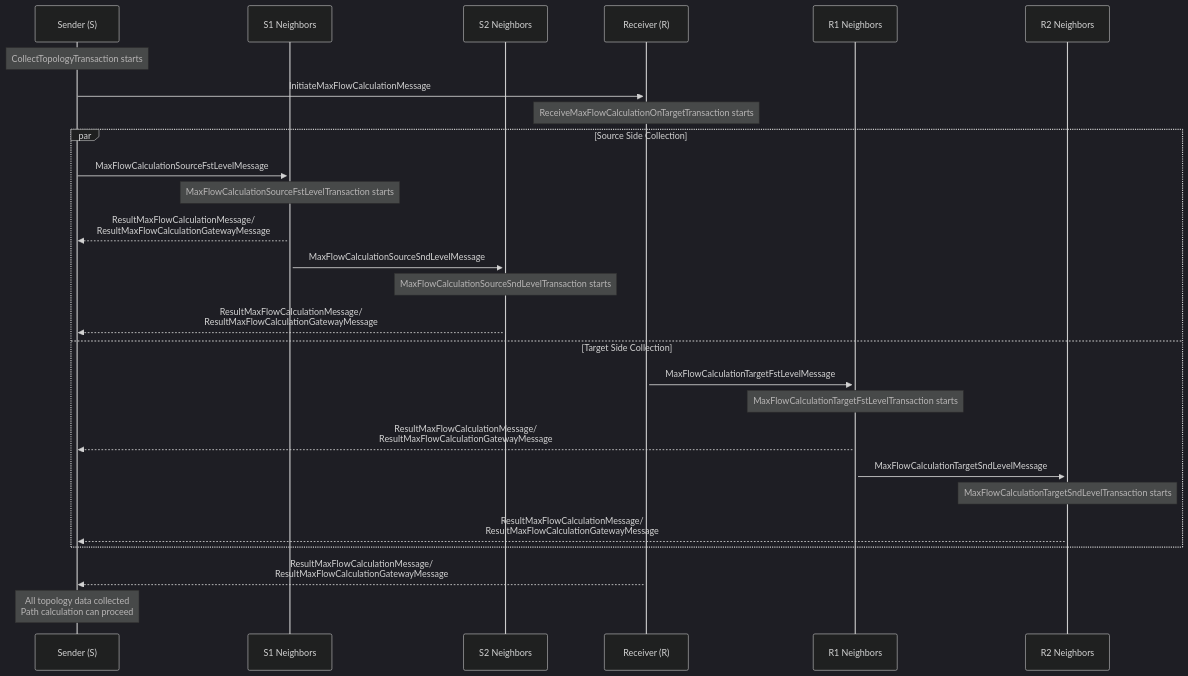
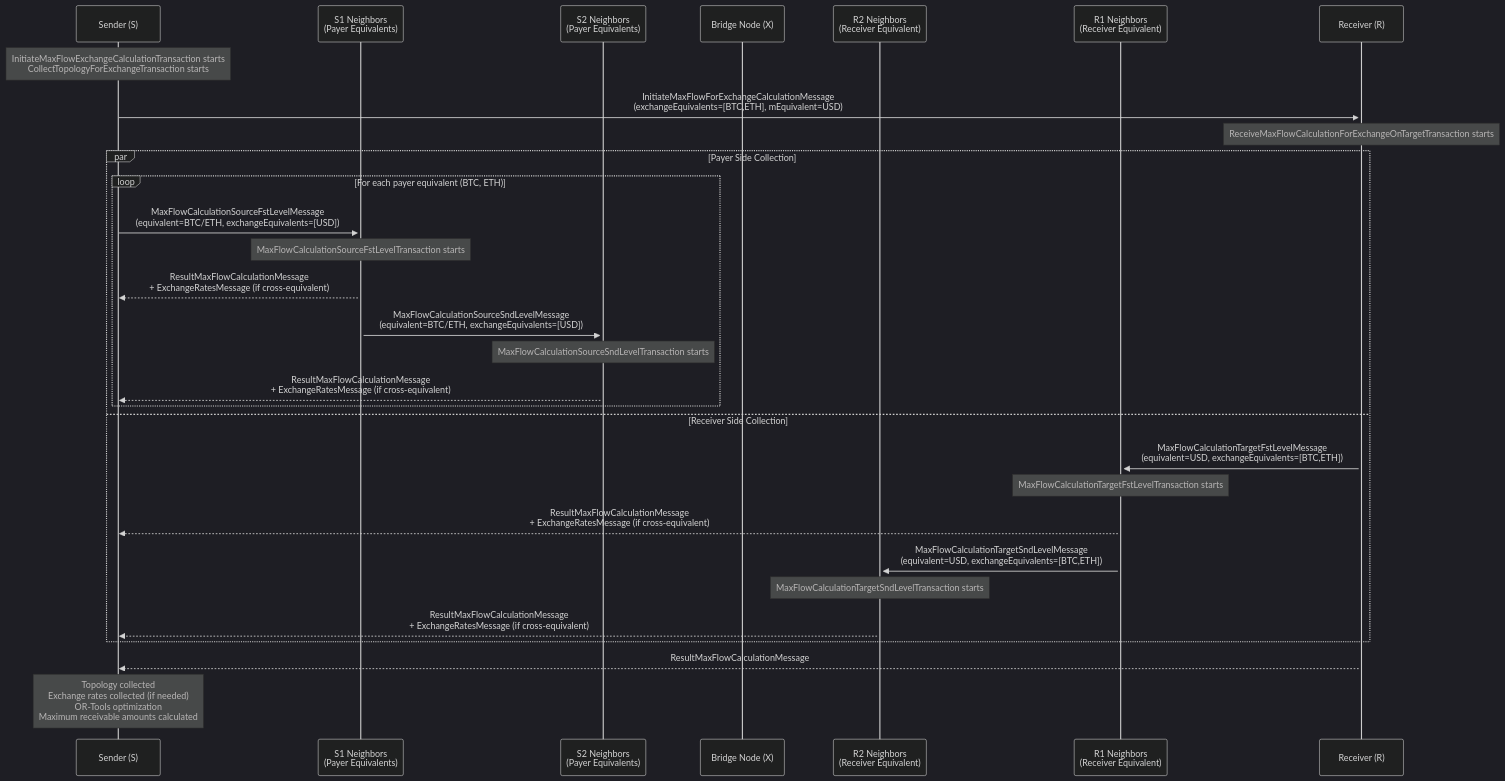
The diagram in architecture/vtcpd/protocols/topology-collection-protocol.md (vTCP-Foundation/workspace), drawn with Mermaid (dark theme) before and after one commit. The commit also changed other lines of this file and 2 other files, not shown here.

First line of the commit message:
refactor(topology protocols): consolidate topology collection protocols into unified documentation

````diff
--- a/architecture/vtcpd/protocols/topology-collection-protocol.md
+++ b/architecture/vtcpd/protocols/topology-collection-protocol.md
@@ -102,36 +170,39 @@
 ```mermaid
 sequenceDiagram
     participant S as Sender (S)
-    participant S1 as S1 Neighbors
-    participant S2 as S2 Neighbors
+    participant S1 as S1 Neighbors<br/>(Payer Equivalents)
+    participant S2 as S2 Neighbors<br/>(Payer Equivalents)
+    participant X as Bridge Node (X)
+    participant R2 as R2 Neighbors<br/>(Receiver Equivalent)
+    participant R1 as R1 Neighbors<br/>(Receiver Equivalent)
     participant R as Receiver (R)
-    participant R1 as R1 Neighbors
-    participant R2 as R2 Neighbors
 
-    Note over S: CollectTopologyTransaction starts
+    Note over S: InitiateMaxFlowExchangeCalculationTransaction starts<br/>CollectTopologyForExchangeTransaction starts
     
-    S->>+R: InitiateMaxFlowCalculationMessage
-    Note over R: ReceiveMaxFlowCalculationOnTargetTransaction starts
+    S->>+R: InitiateMaxFlowForExchangeCalculationMessage<br/>(exchangeEquivalents=[BTC,ETH], mEquivalent=USD)
+    Note over R: ReceiveMaxFlowCalculationForExchangeOnTargetTransaction starts
     
-    par Source Side Collection
-        S->>+S1: MaxFlowCalculationSourceFstLevelMessage
-        Note over S1: MaxFlowCalculationSourceFstLevelTransaction starts
-        S1-->>S: ResultMaxFlowCalculationMessage/<br/>ResultMaxFlowCalculationGatewayMessage
+    par Payer Side Collection
+        loop For each payer equivalent (BTC, ETH)
+            S->>+S1: MaxFlowCalculationSourceFstLevelMessage<br/>(equivalent=BTC/ETH, exchangeEquivalents=[USD])
+            Note over S1: MaxFlowCalculationSourceFstLevelTransaction starts
+            S1-->>S: ResultMaxFlowCalculationMessage<br/>+ ExchangeRatesMessage (if cross-equivalent)
+            
+            S1->>+S2: MaxFlowCalculationSourceSndLevelMessage<br/>(equivalent=BTC/ETH, exchangeEquivalents=[USD])
+            Note over S2: MaxFlowCalculationSourceSndLevelTransaction starts
+            S2-->>S: ResultMaxFlowCalculationMessage<br/>+ ExchangeRatesMessage (if cross-equivalent)
+        end
+    and Receiver Side Collection
+        R->>+R1: MaxFlowCalculationTargetFstLevelMessage<br/>(equivalent=USD, exchangeEquivalents=[BTC,ETH])
+        Note over R1: MaxFlowCalculationTargetFstLevelTransaction starts
+        R1-->>S: ResultMaxFlowCalculationMessage<br/>+ ExchangeRatesMessage (if cross-equivalent)
         
-        S1->>+S2: MaxFlowCalculationSourceSndLevelMessage
-        Note over S2: MaxFlowCalculationSourceSndLevelTransaction starts
-        S2-->>S: ResultMaxFlowCalculationMessage/<br/>ResultMaxFlowCalculationGatewayMessage
-    and Target Side Collection
-        R->>+R1: MaxFlowCalculationTargetFstLevelMessage
-        Note over R1: MaxFlowCalculationTargetFstLevelTransaction starts
-        R1-->>S: ResultMaxFlowCalculationMessage/<br/>ResultMaxFlowCalculationGatewayMessage
-        
-        R1->>+R2: MaxFlowCalculationTargetSndLevelMessage
+        R1->>+R2: MaxFlowCalculationTargetSndLevelMessage<br/>(equivalent=USD, exchangeEquivalents=[BTC,ETH])
         Note over R2: MaxFlowCalculationTargetSndLevelTransaction starts
-        R2-->>S: ResultMaxFlowCalculationMessage/<br/>ResultMaxFlowCalculationGatewayMessage
+        R2-->>S: ResultMaxFlowCalculationMessage<br/>+ ExchangeRatesMessage (if cross-equivalent)
     end
     
-    R-->>S: ResultMaxFlowCalculationMessage/<br/>ResultMaxFlowCalculationGatewayMessage
-    
-    Note over S: All topology data collected<br/>Path calculation can proceed
+    R-->>S: ResultMaxFlowCalculationMessage
+
+    Note over S: Topology collected<br/>Exchange rates collected (if needed)<br/>OR-Tools optimization<br/>Maximum receivable amounts calculated
 ```
````
